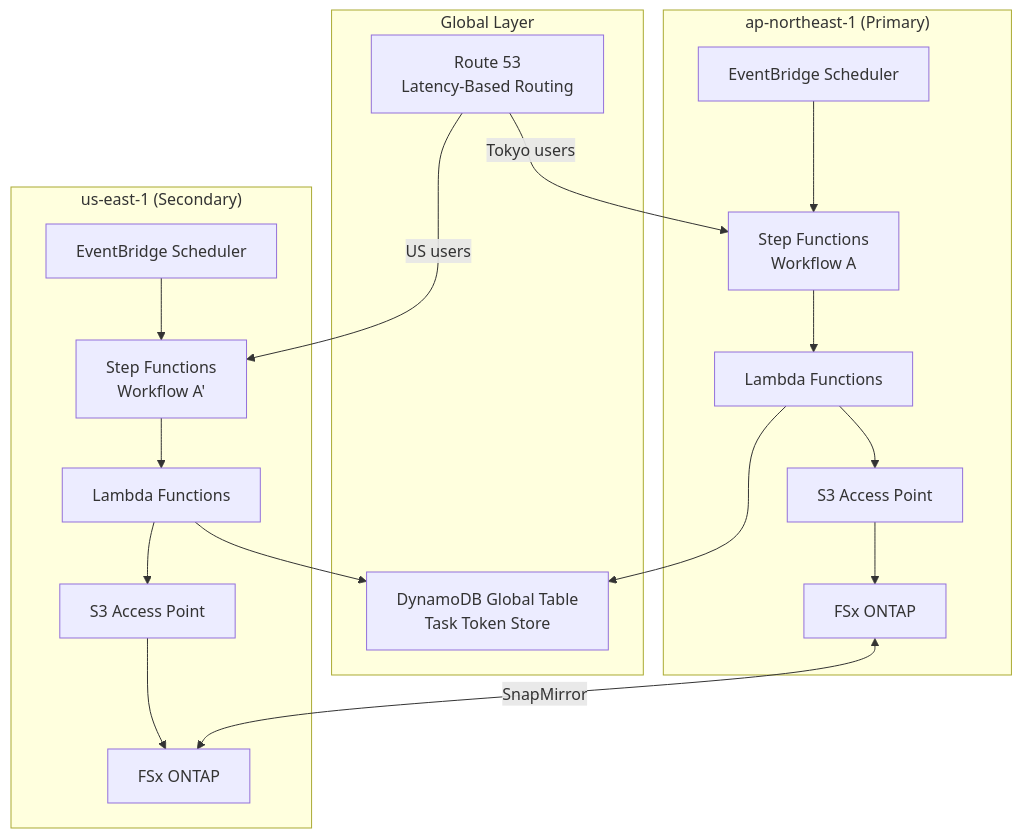
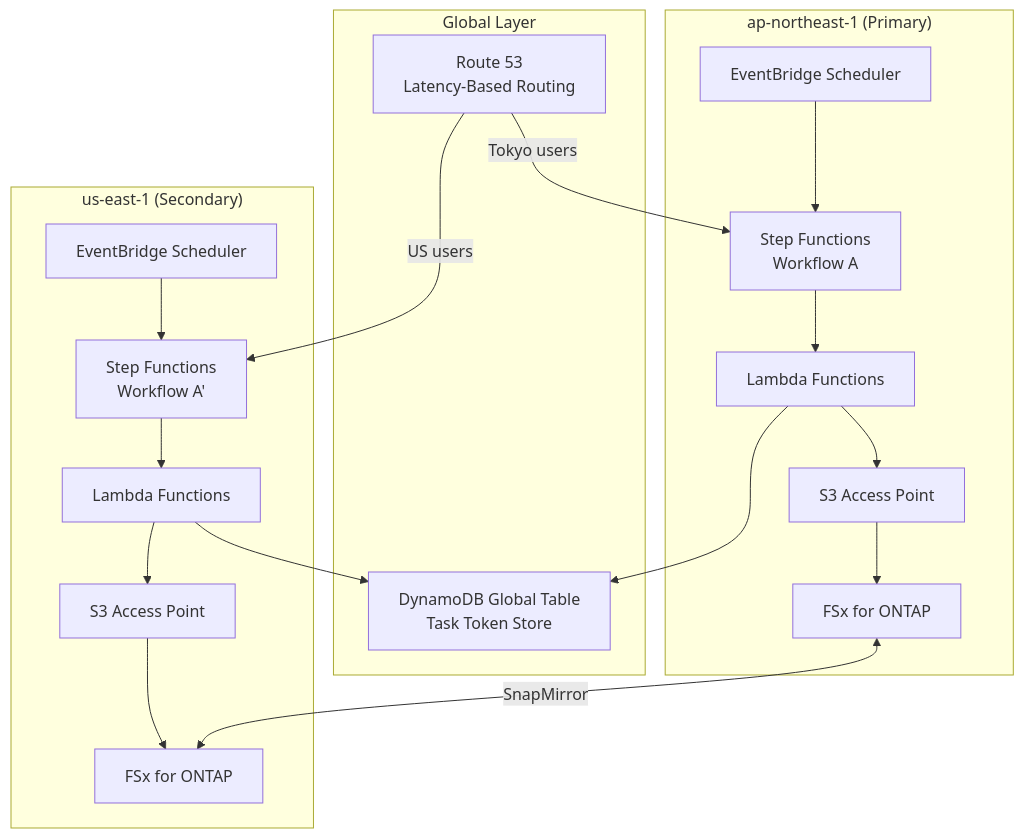
One commit to Yoshiki0705/FSx-for-ONTAP-S3AccessPoints-Serverless-Patterns changed the second of 5 diagrams in docs/multi-region/step-functions-design.md. Above: the diagram before and after it, drawn with Mermaid. The commit also changed other lines of this file and 2448 other files, not shown here.

````diff
--- a/docs/multi-region/step-functions-design.md
+++ b/docs/multi-region/step-functions-design.md
@@ -57,31 +57,31 @@
 ```mermaid
 graph TB
     subgraph "Global Layer"
         R53[Route 53<br/>Latency-Based Routing]
         DDB_GT[DynamoDB Global Table<br/>Task Token Store]
     end
 
     subgraph "ap-northeast-1 (Primary)"
         EB_P[EventBridge Scheduler]
         SFN_P[Step Functions<br/>Workflow A]
         LAMBDA_P[Lambda Functions]
         S3AP_P[S3 Access Point]
-        FSXN_P[FSx ONTAP]
+        FSXN_P[FSx for ONTAP]
     end
 
     subgraph "us-east-1 (Secondary)"
         EB_S[EventBridge Scheduler]
         SFN_S[Step Functions<br/>Workflow A']
         LAMBDA_S[Lambda Functions]
         S3AP_S[S3 Access Point]
-        FSXN_S[FSx ONTAP]
+        FSXN_S[FSx for ONTAP]
     end
 
     R53 -->|Tokyo users| SFN_P
     R53 -->|US users| SFN_S
     EB_P --> SFN_P --> LAMBDA_P --> S3AP_P --> FSXN_P
     EB_S --> SFN_S --> LAMBDA_S --> S3AP_S --> FSXN_S
     LAMBDA_P --> DDB_GT
     LAMBDA_S --> DDB_GT
     FSXN_P <-->|SnapMirror| FSXN_S
 ```
````
